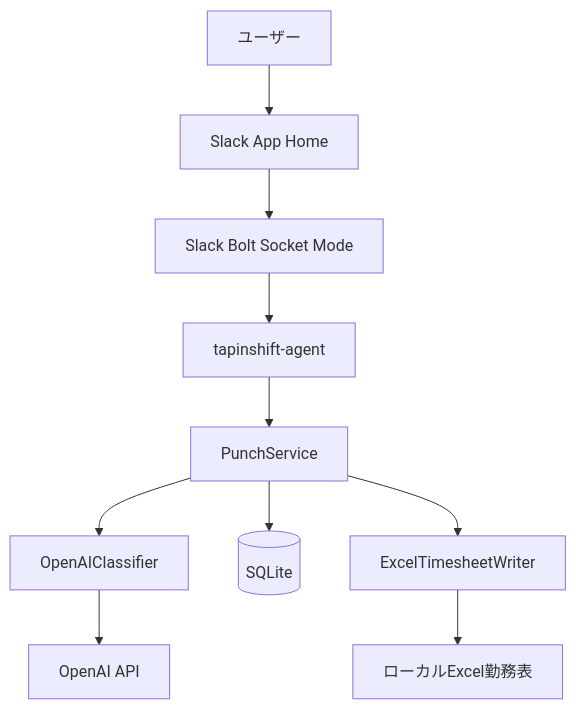
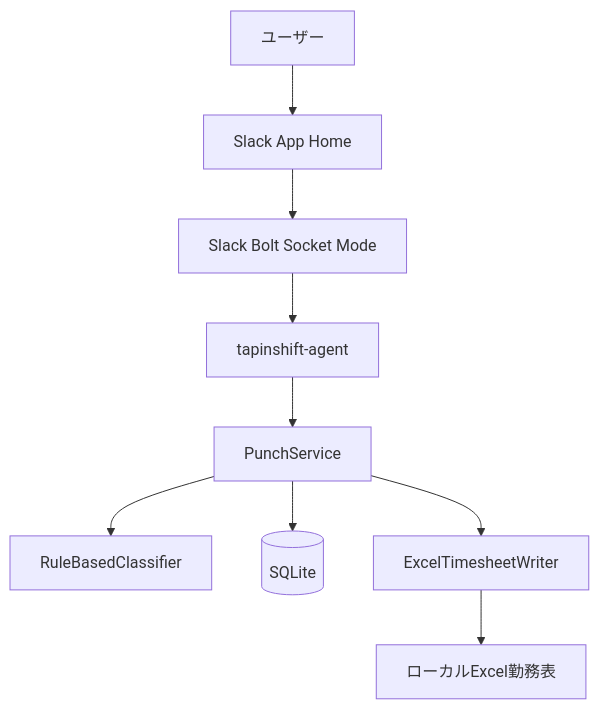
One commit to Shintaro-Abe/TapInShift changed the first of 6 diagrams in docs/functional-design.md. Above: the diagram before and after it, drawn with Mermaid. The commit also changed other lines of this file and 21 other files, not shown here.

Commit message:
Remove OpenAI API classification path

````diff
--- a/docs/functional-design.md
+++ b/docs/functional-design.md
@@ -11,12 +11,11 @@
 ```mermaid
 graph TD
     U[ユーザー] --> S[Slack App Home]
     S --> B[Slack Bolt Socket Mode]
     B --> A[tapinshift-agent]
     A --> C[PunchService]
-    C --> CL[OpenAIClassifier]
+    C --> CL[RuleBasedClassifier]
     C --> DB[(SQLite)]
     C --> XW[ExcelTimesheetWriter]
     XW --> XL[ローカルExcel勤務表]
-    CL --> OAI[OpenAI API]
 ```
````
